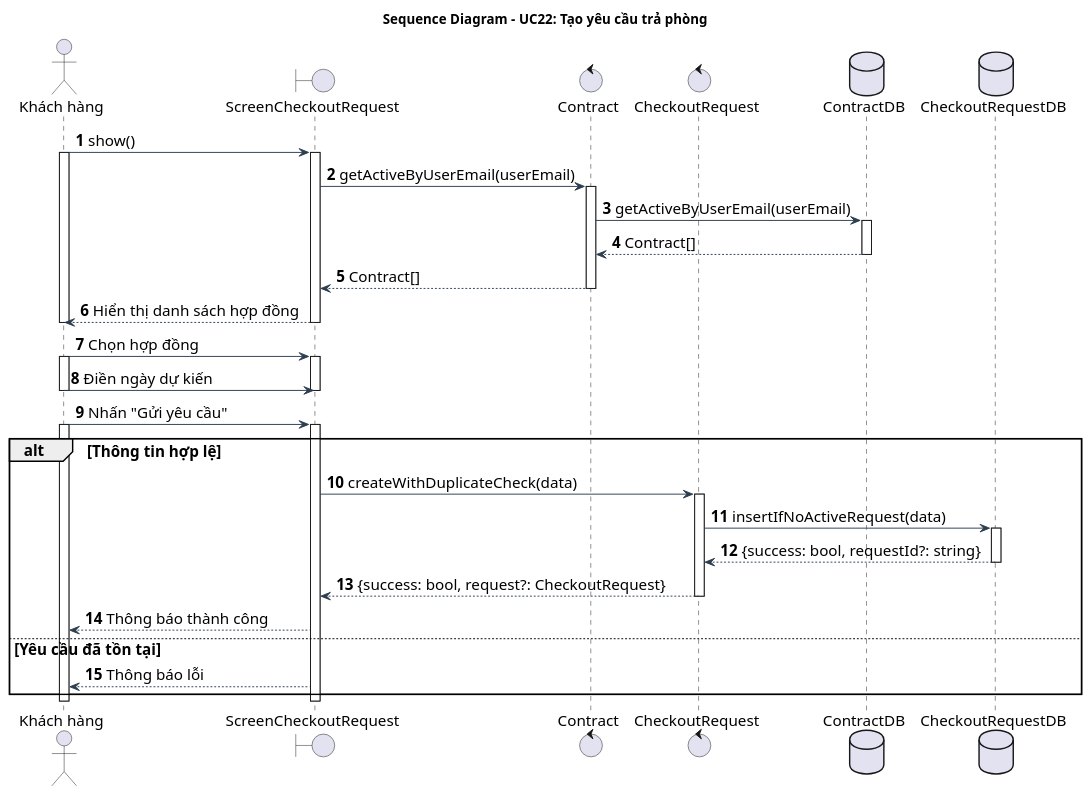
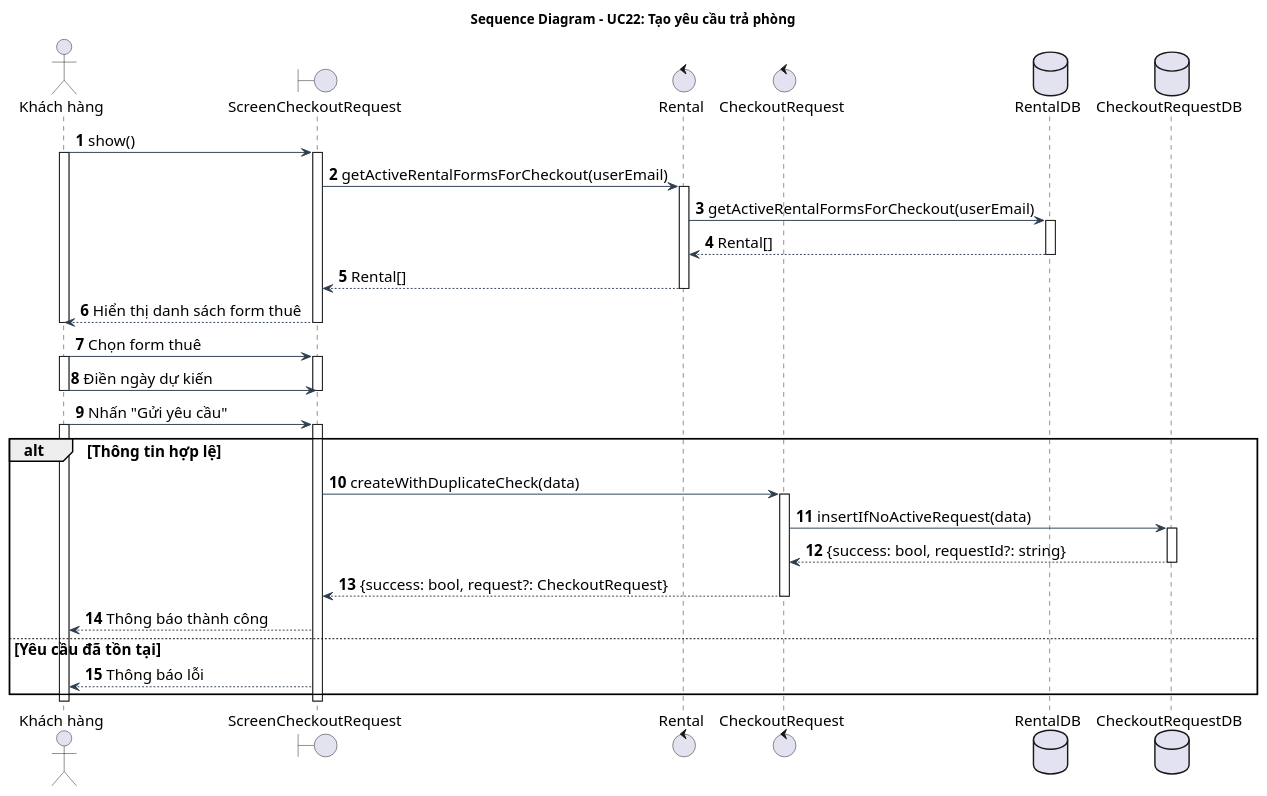
One commit to Gnourt812005/HCMUS-Analyze-and-desgin-IS changed the diagram in doc/system/yeu_cau_tra_phong/YeuCauTraPhong_SequenceDiagram.wsd. Above: the diagram before and after it, drawn with PlantUML. The commit also changed 10 other files, not shown here.

Commit message:
quangdo/diagram: adjusted diagrams to match code

```diff
--- a/doc/system/yeu_cau_tra_phong/YeuCauTraPhong_SequenceDiagram.wsd
+++ b/doc/system/yeu_cau_tra_phong/YeuCauTraPhong_SequenceDiagram.wsd
@@ -1,64 +1,64 @@
 @startuml YeuCauTraPhong_SequenceDiagram
 title Sequence Diagram - UC22: Tạo yêu cầu trả phòng
 
 skinparam {
     BackgroundColor White
     ArrowColor #2D3E50
     DefaultFontName "Arial"
     DefaultFontSize 16
     ParticipantPadding 15
 }
 
 autonumber
 
 actor "Khách hàng" as customer
 boundary "ScreenCheckoutRequest" as screen
-control "Contract" as contract
+control "Rental" as rental
 control "CheckoutRequest" as request
-database "ContractDB" as contractDb
+database "RentalDB" as rentalDb
 database "CheckoutRequestDB" as requestDb
 
 customer -> screen: show()
 activate customer
 activate screen
-screen -> contract: getActiveByUserEmail(userEmail)
-activate contract
-contract -> contractDb: getActiveByUserEmail(userEmail)
-activate contractDb
-contractDb --> contract: Contract[]
-deactivate contractDb
-contract --> screen: Contract[]
-deactivate contract
+screen -> rental: getActiveRentalFormsForCheckout(userEmail)
+activate rental
+rental -> rentalDb: getActiveRentalFormsForCheckout(userEmail)
+activate rentalDb
+rentalDb --> rental: Rental[]
+deactivate rentalDb
+rental --> screen: Rental[]
+deactivate rental
 
-screen --> customer: Hiển thị danh sách hợp đồng
+screen --> customer: Hiển thị danh sách form thuê
 deactivate screen
 deactivate customer
 
-customer -> screen: Chọn hợp đồng
+customer -> screen: Chọn form thuê
 activate customer
 activate screen
 customer -> screen: Điền ngày dự kiến
 deactivate customer
 deactivate screen
 
 customer -> screen: Nhấn "Gửi yêu cầu"
 activate customer
 activate screen
 alt Thông tin hợp lệ
     screen -> request: createWithDuplicateCheck(data)
     activate request
     request -> requestDb: insertIfNoActiveRequest(data)
     activate requestDb
     requestDb --> request: {success: bool, requestId?: string}
     deactivate requestDb
     request --> screen: {success: bool, request?: CheckoutRequest}
     deactivate request
     screen --> customer: Thông báo thành công
 else Yêu cầu đã tồn tại
     screen --> customer: Thông báo lỗi
 end
 
 deactivate customer
 deactivate screen
 
 @enduml
```
